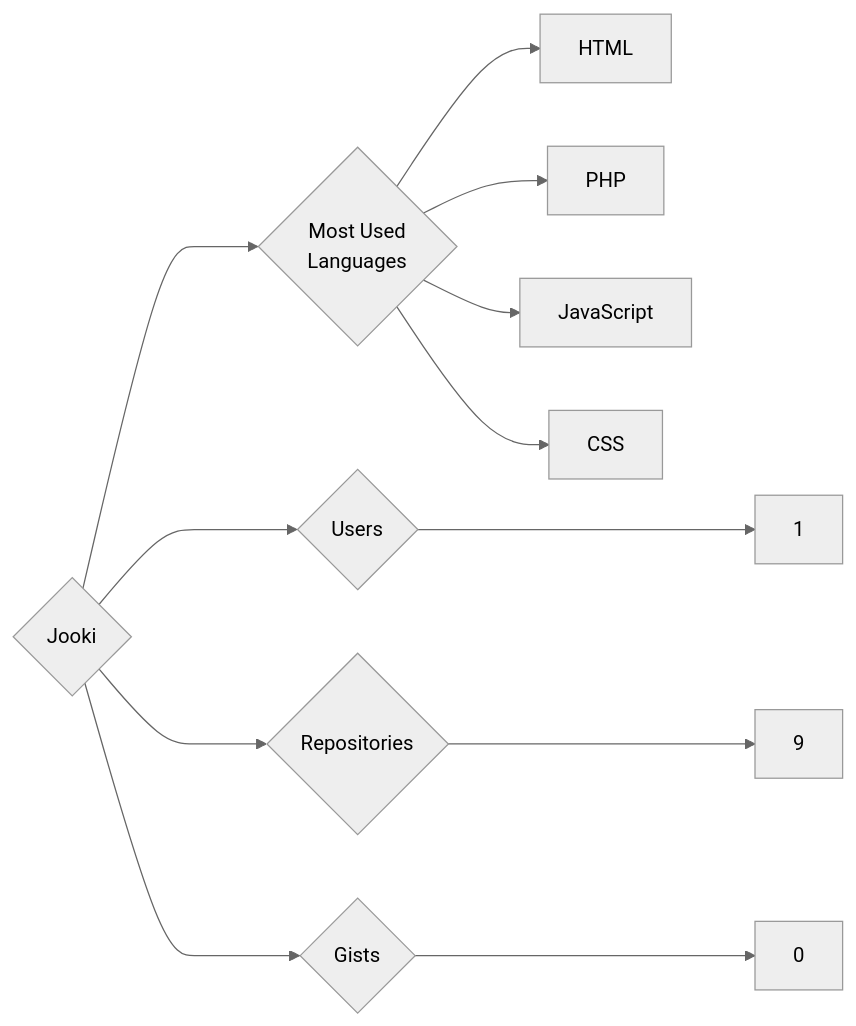
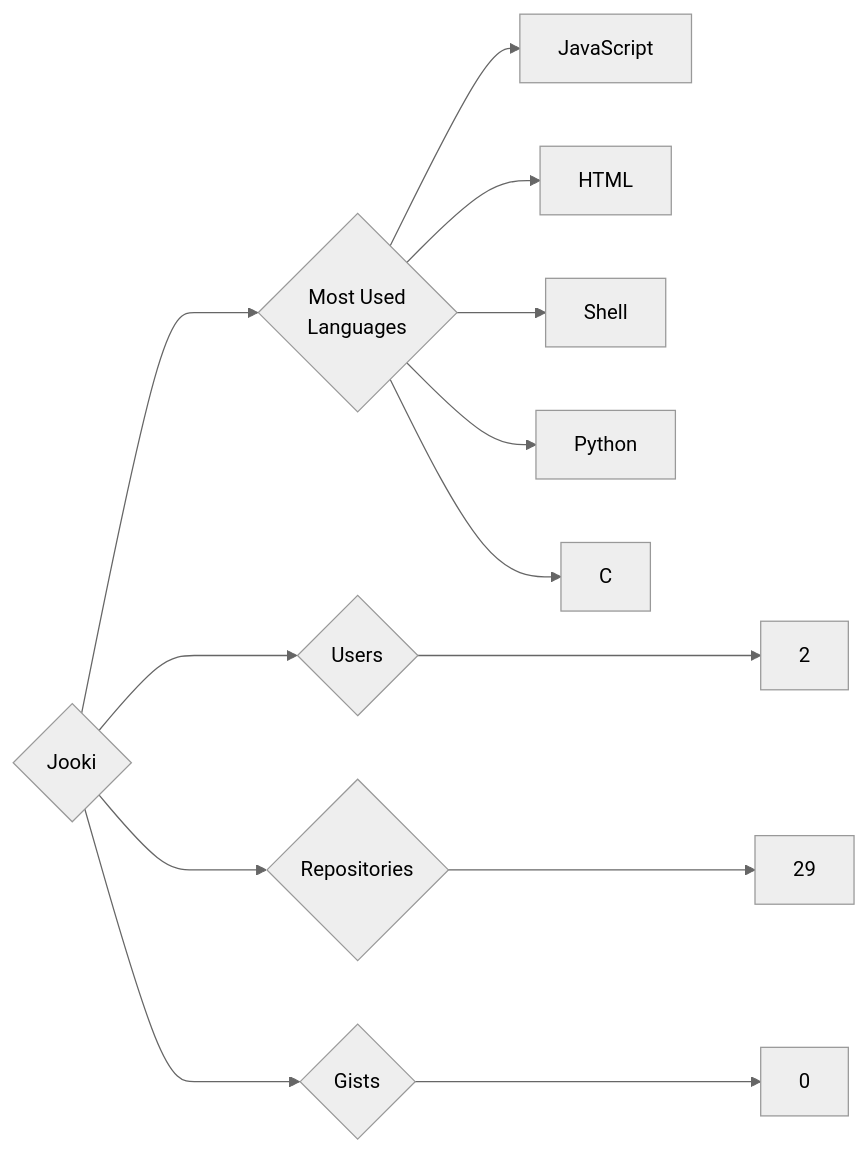
Before and after one commit to trickest/insiders: the diagram in targets/Jooki/README.md, drawn with Mermaid (neutral theme). The commit also changed 1314 other files, not shown here.

````diff
--- a/targets/Jooki/README.md
+++ b/targets/Jooki/README.md
@@ -3,12 +3,13 @@
 ```mermaid
 graph LR
 COMPANY_NAME{Jooki}
-COMPANY_NAME ---> U{Users} ---> UN[1]
-COMPANY_NAME ---> R{Repositories} ---> RN[9]
+COMPANY_NAME ---> U{Users} ---> UN[2]
+COMPANY_NAME ---> R{Repositories} ---> RN[29]
 COMPANY_NAME ---> G{Gists} ---> GN[0]
 COMPANY_NAME ---> ML{Most Used<br>Languages}
+ML --> JavaScript[JavaScript]
 ML --> HTML[HTML]
-ML --> PHP[PHP]
-ML --> JavaScript[JavaScript]
-ML --> CSS[CSS]
+ML --> Shell[Shell]
+ML --> Python[Python]
+ML --> C[C]
 ```
````
